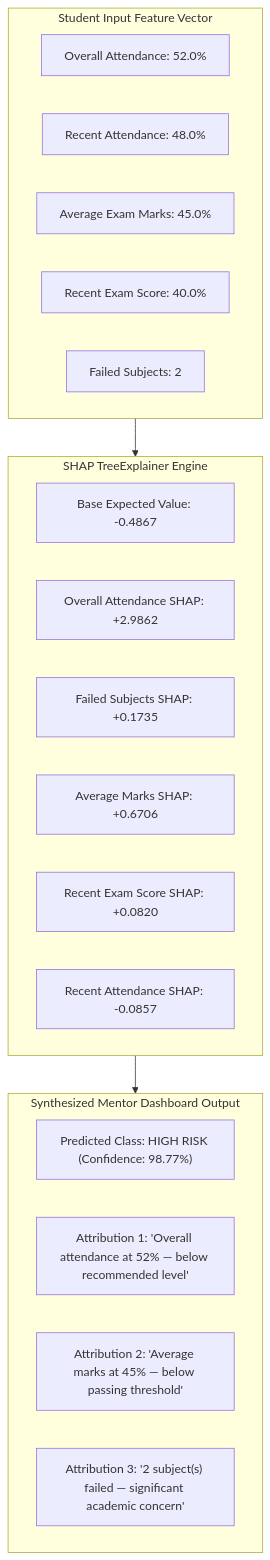
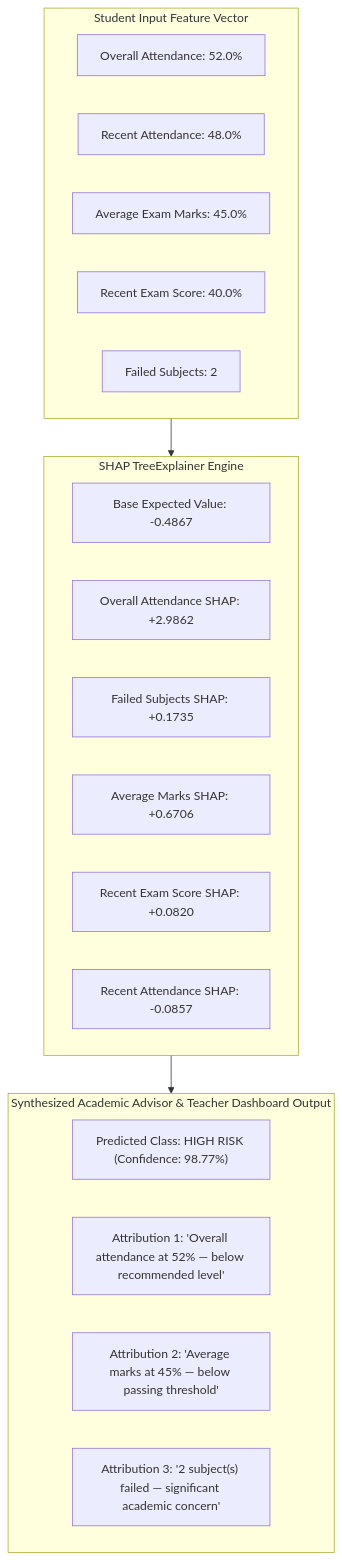
The second of 2 diagrams in REPORT_ch7.md (M0hammedAyan/AI-Classroom-Intelligent-System), drawn with Mermaid before and after one commit. The commit also changed other lines of this file and 57 other files, not shown here.

````diff
--- a/REPORT_ch7.md
+++ b/REPORT_ch7.md
@@ -74,29 +74,29 @@
 ```mermaid
 flowchart TD
     subgraph Input["Student Input Feature Vector"]
         F1["Overall Attendance: 52.0%"]
         F2["Recent Attendance: 48.0%"]
         F3["Average Exam Marks: 45.0%"]
         F4["Recent Exam Score: 40.0%"]
         F5["Failed Subjects: 2"]
     end
 
     subgraph Explainer["SHAP TreeExplainer Engine"]
         B0["Base Expected Value: -0.4867"]
         V1["Overall Attendance SHAP: +2.9862"]
         V2["Failed Subjects SHAP: +0.1735"]
         V3["Average Marks SHAP: +0.6706"]
         V4["Recent Exam Score SHAP: +0.0820"]
         V5["Recent Attendance SHAP: -0.0857"]
     end
 
-    subgraph Output["Synthesized Mentor Dashboard Output"]
+    subgraph Output["Synthesized Academic Advisor & Teacher Dashboard Output"]
         O1["Predicted Class: HIGH RISK (Confidence: 98.77%)"]
         O2["Attribution 1: 'Overall attendance at 52% — below recommended level'"]
         O3["Attribution 2: 'Average marks at 45% — below passing threshold'"]
         O4["Attribution 3: '2 subject(s) failed — significant academic concern'"]
     end
 
     Input --> Explainer
     Explainer --> Output
 ```
````
